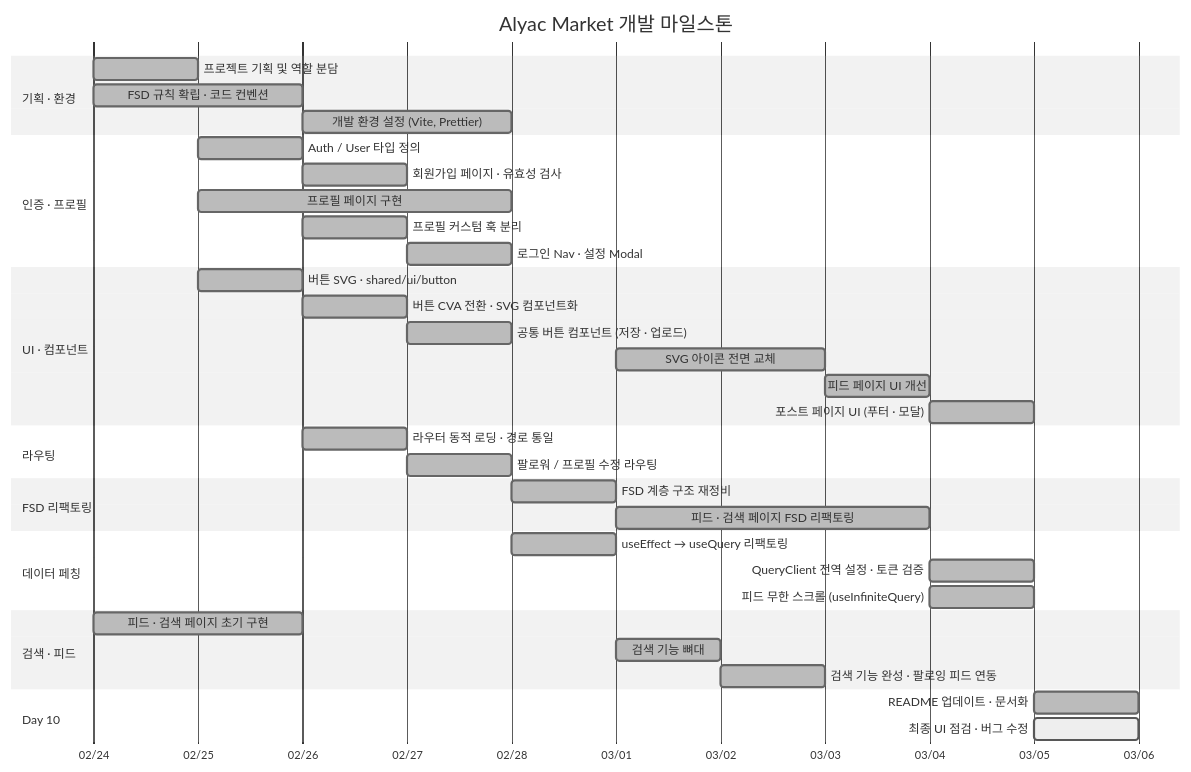
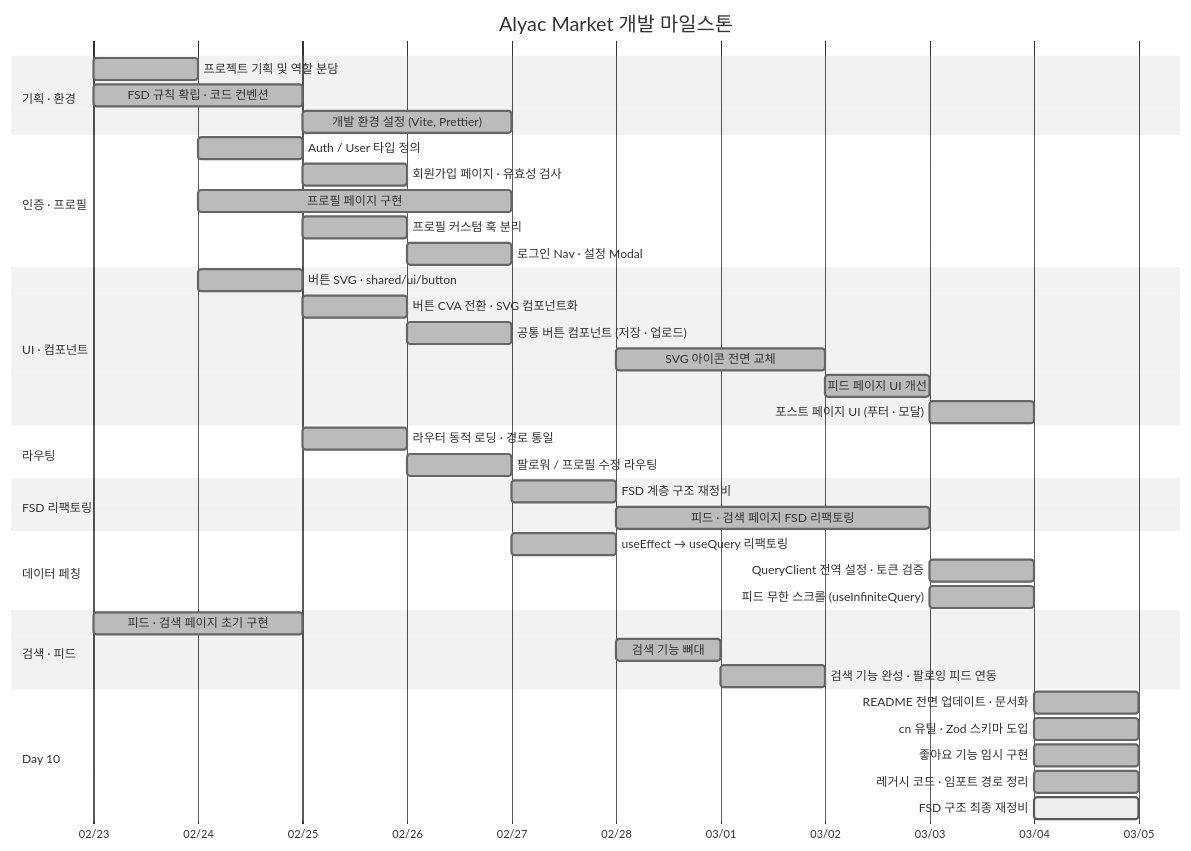
One commit to 3rd-project-team-1/ALYAC-market-team1 changed the first of 2 diagrams in README.md. Above: the diagram before and after it, drawn with Mermaid. The commit also changed other lines of this file, not shown here.

Commit message:
docs: readme - 10일차가 5일로 된것을 수정 - 다크모드에서 머메이드 차트 글자가 안보임 - 10일차 내용 추가 및 대폭 수정

````diff
--- a/README.md
+++ b/README.md
@@ -20,49 +20,52 @@
 ```mermaid
 %%{init: { 'theme': 'neutral' } }%%
 gantt
     title Alyac Market 개발 마일스톤
     dateFormat  YYYY-MM-DD
     axisFormat  %m/%d
 
     section 기획 · 환경
-    프로젝트 기획 및 역할 분담          :done, d1,   2026-02-24, 1d
-    FSD 규칙 확립 · 코드 컨벤션         :done, d1b,  2026-02-24, 2d
-    개발 환경 설정 (Vite, Prettier)     :done, d3,   2026-02-26, 2d
+    프로젝트 기획 및 역할 분담          :done, d1,   2026-02-23, 1d
+    FSD 규칙 확립 · 코드 컨벤션         :done, d1b,  2026-02-23, 2d
+    개발 환경 설정 (Vite, Prettier)     :done, d3,   2026-02-25, 2d
 
     section 인증 · 프로필
-    Auth / User 타입 정의               :done, d2a,  2026-02-25, 1d
-    회원가입 페이지 · 유효성 검사        :done, d3a,  2026-02-26, 1d
-    프로필 페이지 구현                   :done, d2b,  2026-02-25, 3d
-    프로필 커스텀 훅 분리                :done, d3b,  2026-02-26, 1d
-    로그인 Nav · 설정 Modal             :done, d4a,  2026-02-27, 1d
+    Auth / User 타입 정의               :done, d2a,  2026-02-24, 1d
+    회원가입 페이지 · 유효성 검사        :done, d3a,  2026-02-25, 1d
+    프로필 페이지 구현                   :done, d2b,  2026-02-24, 3d
+    프로필 커스텀 훅 분리                :done, d3b,  2026-02-25, 1d
+    로그인 Nav · 설정 Modal             :done, d4a,  2026-02-26, 1d
 
     section UI · 컴포넌트
-    버튼 SVG · shared/ui/button         :done, d2c,  2026-02-25, 1d
-    버튼 CVA 전환 · SVG 컴포넌트화      :done, d3c,  2026-02-26, 1d
-    공통 버튼 컴포넌트 (저장 · 업로드)  :done, d4b,  2026-02-27, 1d
-    SVG 아이콘 전면 교체                 :done, d6a,  2026-03-01, 2d
-    피드 페이지 UI 개선                  :done, d8a,  2026-03-03, 1d
-    포스트 페이지 UI (푸터 · 모달)       :done, d9a,  2026-03-04, 1d
+    버튼 SVG · shared/ui/button         :done, d2c,  2026-02-24, 1d
+    버튼 CVA 전환 · SVG 컴포넌트화      :done, d3c,  2026-02-25, 1d
+    공통 버튼 컴포넌트 (저장 · 업로드)  :done, d4b,  2026-02-26, 1d
+    SVG 아이콘 전면 교체                 :done, d6a,  2026-02-28, 2d
+    피드 페이지 UI 개선                  :done, d8a,  2026-03-02, 1d
+    포스트 페이지 UI (푸터 · 모달)       :done, d9a,  2026-03-03, 1d
 
     section 라우팅
-    라우터 동적 로딩 · 경로 통일         :done, d3d,  2026-02-26, 1d
-    팔로워 / 프로필 수정 라우팅          :done, d4c,  2026-02-27, 1d
+    라우터 동적 로딩 · 경로 통일         :done, d3d,  2026-02-25, 1d
+    팔로워 / 프로필 수정 라우팅          :done, d4c,  2026-02-26, 1d
 
     section FSD 리팩토링
-    FSD 계층 구조 재정비                 :done, d5a,  2026-02-28, 1d
-    피드 · 검색 페이지 FSD 리팩토링     :done, d6b,  2026-03-01, 3d
+    FSD 계층 구조 재정비                 :done, d5a,  2026-02-27, 1d
+    피드 · 검색 페이지 FSD 리팩토링     :done, d6b,  2026-02-28, 3d
 
     section 데이터 페칭
-    useEffect → useQuery 리팩토링       :done, d5b,  2026-02-28, 1d
-    QueryClient 전역 설정 · 토큰 검증   :done, d9b,  2026-03-04, 1d
-    피드 무한 스크롤 (useInfiniteQuery) :done, d9c,  2026-03-04, 1d
+    useEffect → useQuery 리팩토링       :done, d5b,  2026-02-27, 1d
+    QueryClient 전역 설정 · 토큰 검증   :done, d9b,  2026-03-03, 1d
+    피드 무한 스크롤 (useInfiniteQuery) :done, d9c,  2026-03-03, 1d
 
     section 검색 · 피드
-    피드 · 검색 페이지 초기 구현         :done, d1c,  2026-02-24, 2d
-    검색 기능 뼈대                        :done, d6c,  2026-03-01, 1d
-    검색 기능 완성 · 팔로잉 피드 연동    :done, d7a,  2026-03-02, 1d
+    피드 · 검색 페이지 초기 구현         :done, d1c,  2026-02-23, 2d
+    검색 기능 뼈대                        :done, d6c,  2026-02-28, 1d
+    검색 기능 완성 · 팔로잉 피드 연동    :done, d7a,  2026-03-01, 1d
 
     section Day 10
-    README 업데이트 · 문서화             :done,   d10a, 2026-03-05, 1d
-    최종 UI 점검 · 버그 수정             :active, d10b, 2026-03-05, 1d
+    README 전면 업데이트 · 문서화        :done,   d10a, 2026-03-04, 1d
+    cn 유틸 · Zod 스키마 도입            :done,   d10b, 2026-03-04, 1d
+    좋아요 기능 임시 구현                :done,   d10c, 2026-03-04, 1d
+    레거시 코드 · 임포트 경로 정리       :done,   d10d, 2026-03-04, 1d
+    FSD 구조 최종 재정비                 :active, d10e, 2026-03-04, 1d
 ```
````
